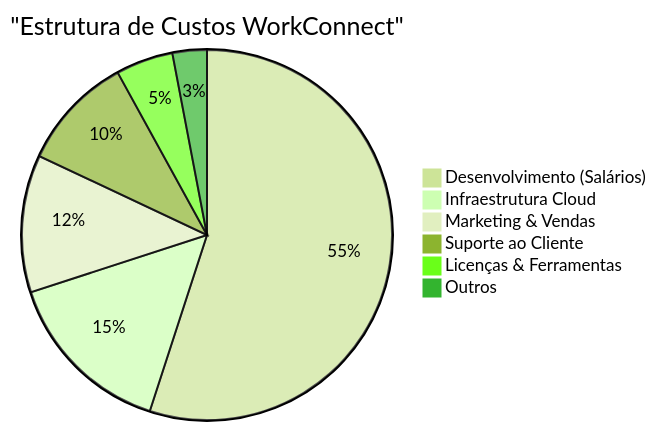
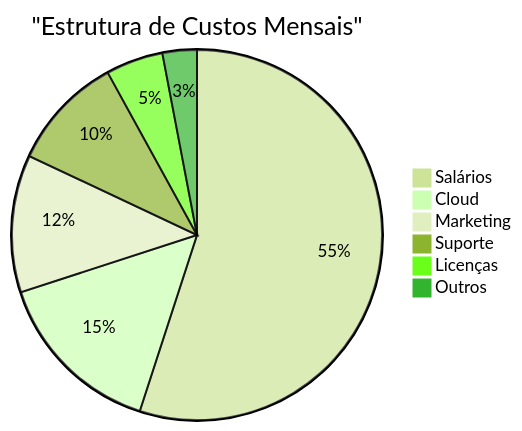
One commit to matheusmendes720/workconnect-tcc changed the seventh of 8 diagrams in documentation/docs/estrategia/bmc-canvas.mdx. Above: the diagram before and after it, drawn with Mermaid (forest theme). The commit also changed other lines of this file and 16 other files, not shown here.

````diff
--- a/documentation/docs/estrategia/bmc-canvas.mdx
+++ b/documentation/docs/estrategia/bmc-canvas.mdx
@@ -336,9 +254,9 @@
 ```mermaid
-pie title "Estrutura de Custos WorkConnect"
-    "Desenvolvimento (Salários)" : 55
-    "Infraestrutura Cloud" : 15
-    "Marketing & Vendas" : 12
-    "Suporte ao Cliente" : 10
-    "Licenças & Ferramentas" : 5
+pie title "Estrutura de Custos Mensais"
+    "Salários" : 55
+    "Cloud" : 15
+    "Marketing" : 12
+    "Suporte" : 10
+    "Licenças" : 5
     "Outros" : 3
 ```
````
